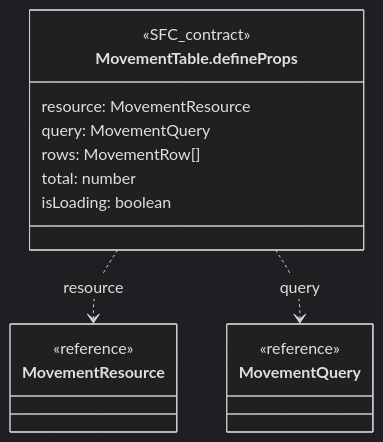
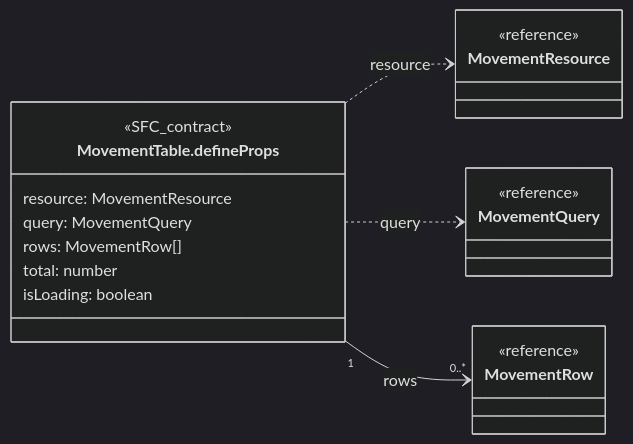
Before and after one commit to gpgsistemas01/nexus: the third of 27 diagrams in front/docs/architecture/views/logical/type-reference/movements.md, drawn with Mermaid (dark theme). The commit also changed other lines of this file and 37 other files, not shown here.

Commit message:
docs: depurar diagramas y conservar contratos propios del frontend

````diff
--- a/front/docs/architecture/views/logical/type-reference/movements.md
+++ b/front/docs/architecture/views/logical/type-reference/movements.md
@@ -131,20 +114,24 @@
 ```mermaid
 classDiagram
-    direction TB
+    direction LR
     class Subject["MovementTable.defineProps"] {
         <<SFC_contract>>
         resource: MovementResource
         query: MovementQuery
         rows: MovementRow[]
         total: number
         isLoading: boolean
     }
     class R0["MovementResource"] {
         <<reference>>
     }
     class R1["MovementQuery"] {
         <<reference>>
     }
+    class R2["MovementRow"] {
+        <<reference>>
+    }
     Subject ..> R0 : resource
     Subject ..> R1 : query
+    Subject "1" --> "0..*" R2 : rows
 ```
````
